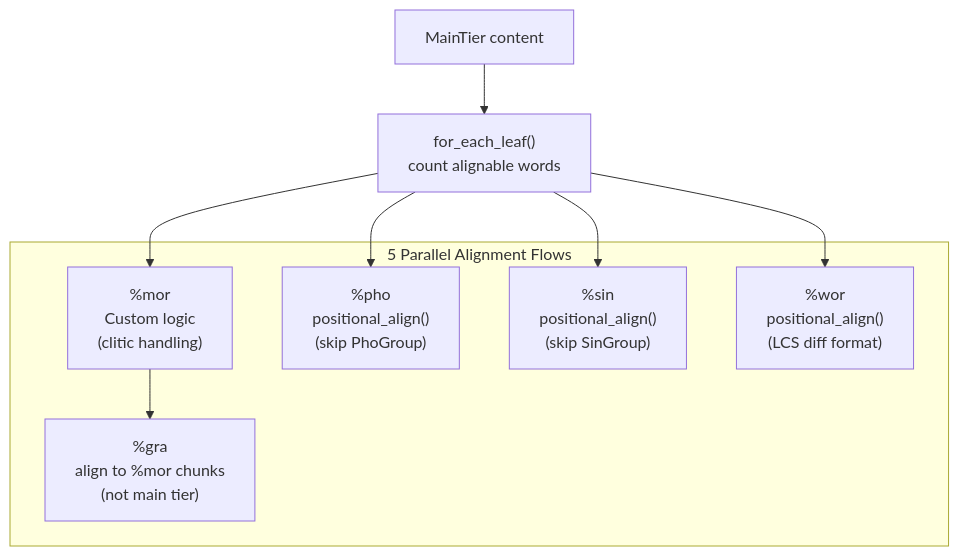
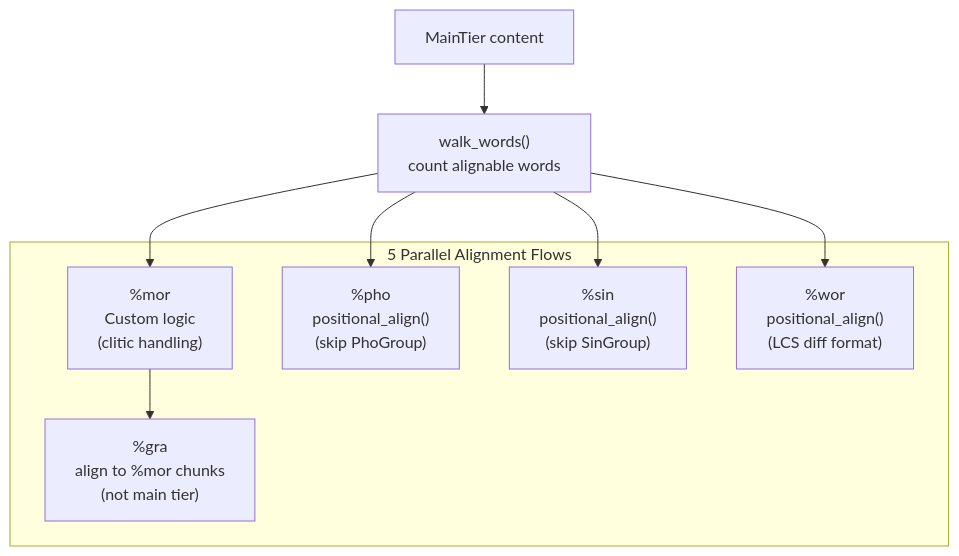
One commit to TalkBank/talkbank-tools changed the first of 2 diagrams in book/src/architecture/data-model.md. Above: the diagram before and after it, drawn with Mermaid. The commit also changed other lines of this file and 32 other files, not shown here.

Commit message:
docs: add architecture audit backlog and overlap audit guidance

````diff
--- a/book/src/architecture/data-model.md
+++ b/book/src/architecture/data-model.md
@@ -105,17 +108,17 @@
 ```mermaid
 flowchart TD
     main["MainTier content"]
-    walker["for_each_leaf()\ncount alignable words"]
+    walker["walk_words()\ncount alignable words"]
 
     subgraph "5 Parallel Alignment Flows"
         mor["%mor\nCustom logic\n(clitic handling)"]
         pho["%pho\npositional_align()\n(skip PhoGroup)"]
         sin["%sin\npositional_align()\n(skip SinGroup)"]
         wor["%wor\npositional_align()\n(LCS diff format)"]
         gra["%gra\nalign to %mor chunks\n(not main tier)"]
     end
 
     main --> walker
     walker --> mor & pho & sin & wor
     mor --> gra
 ```
````
